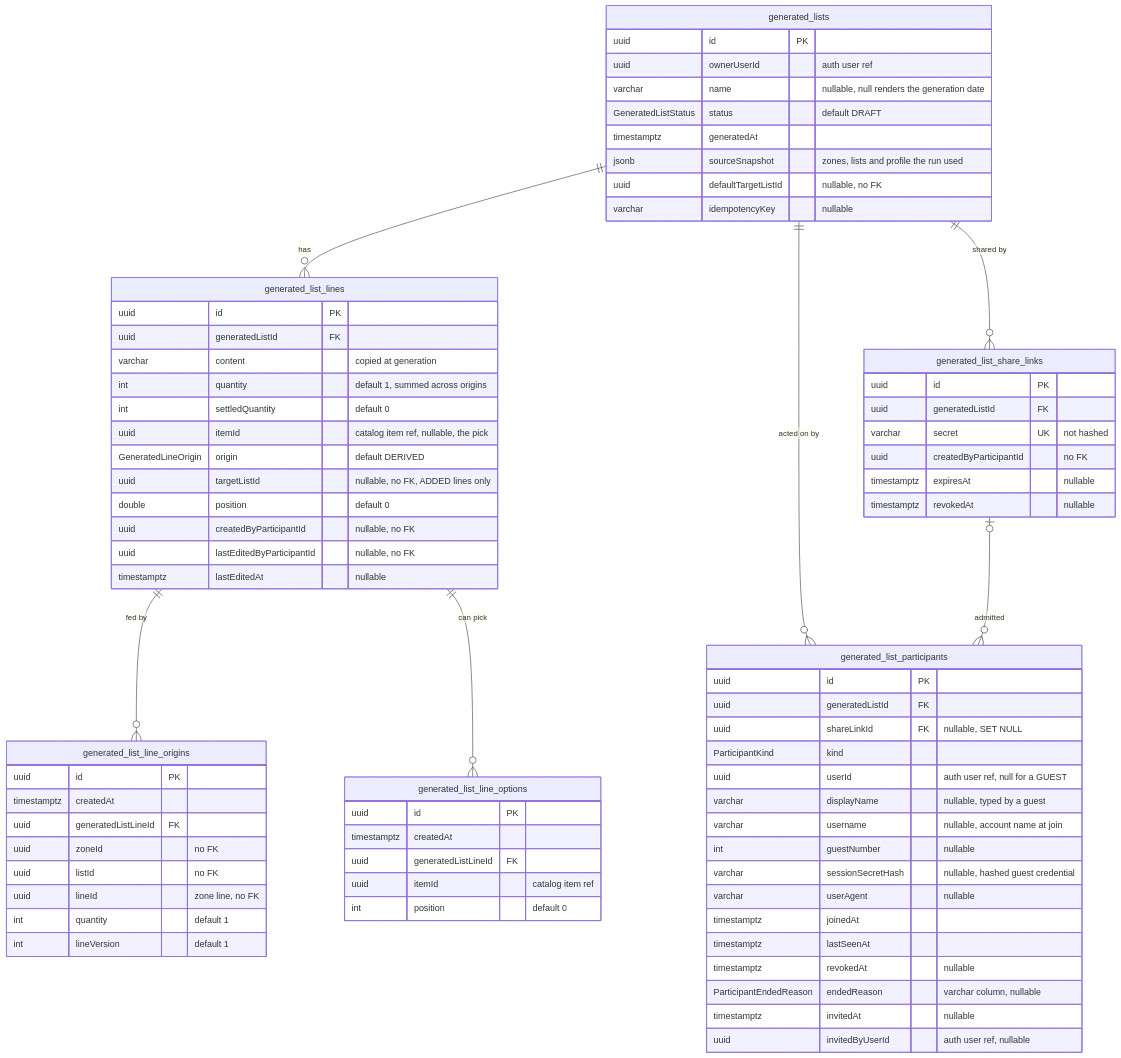
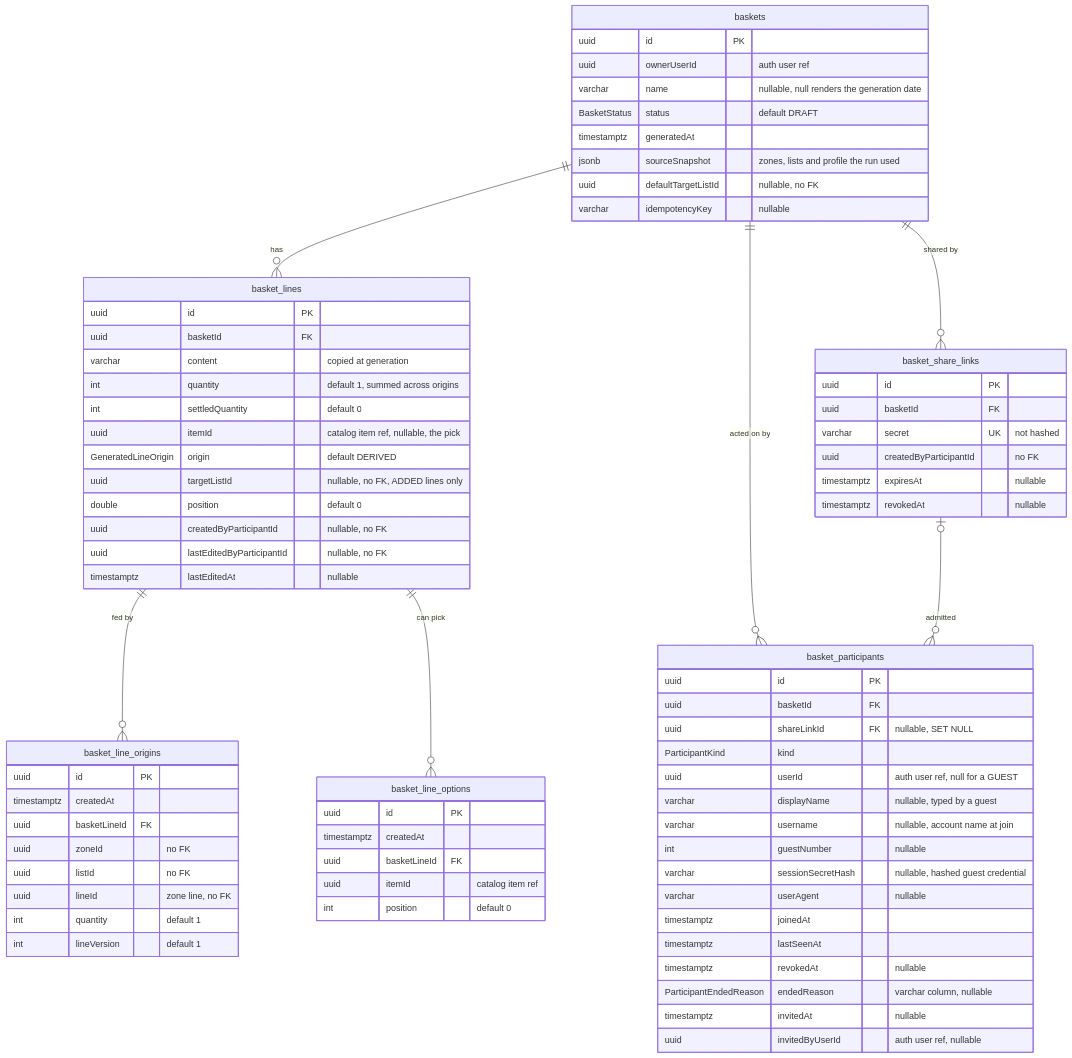
One commit to IchirokuXVI/nx-portfolio changed the fourth of 6 diagrams in apps/luna-shopper-backend/core/docs/data-model.md. Above: the diagram before and after it, drawn with Mermaid. The commit also changed other lines of this file and 169 other files, not shown here.

First line of the commit message:
refactor(luna-core)!: a generated list is called a basket (plan 0144)

````diff
--- a/apps/luna-shopper-backend/core/docs/data-model.md
+++ b/apps/luna-shopper-backend/core/docs/data-model.md
@@ -232,77 +232,77 @@
 ```mermaid
 erDiagram
-    generated_lists ||--o{ generated_list_lines : "has"
-    generated_list_lines ||--o{ generated_list_line_origins : "fed by"
-    generated_list_lines ||--o{ generated_list_line_options : "can pick"
-    generated_lists ||--o{ generated_list_share_links : "shared by"
-    generated_lists ||--o{ generated_list_participants : "acted on by"
-    generated_list_share_links |o--o{ generated_list_participants : "admitted"
+    baskets ||--o{ basket_lines : "has"
+    basket_lines ||--o{ basket_line_origins : "fed by"
+    basket_lines ||--o{ basket_line_options : "can pick"
+    baskets ||--o{ basket_share_links : "shared by"
+    baskets ||--o{ basket_participants : "acted on by"
+    basket_share_links |o--o{ basket_participants : "admitted"
 
-    generated_lists {
+    baskets {
         uuid id PK
         uuid ownerUserId "auth user ref"
         varchar name "nullable, null renders the generation date"
-        GeneratedListStatus status "default DRAFT"
+        BasketStatus status "default DRAFT"
         timestamptz generatedAt
         jsonb sourceSnapshot "zones, lists and profile the run used"
         uuid defaultTargetListId "nullable, no FK"
         varchar idempotencyKey "nullable"
     }
-    generated_list_lines {
+    basket_lines {
         uuid id PK
-        uuid generatedListId FK
+        uuid basketId FK
         varchar content "copied at generation"
         int quantity "default 1, summed across origins"
         int settledQuantity "default 0"
         uuid itemId "catalog item ref, nullable, the pick"
         GeneratedLineOrigin origin "default DERIVED"
         uuid targetListId "nullable, no FK, ADDED lines only"
         double position "default 0"
         uuid createdByParticipantId "nullable, no FK"
         uuid lastEditedByParticipantId "nullable, no FK"
         timestamptz lastEditedAt "nullable"
     }
-    generated_list_line_origins {
+    basket_line_origins {
         uuid id PK
         timestamptz createdAt
-        uuid generatedListLineId FK
+        uuid basketLineId FK
         uuid zoneId "no FK"
         uuid listId "no FK"
         uuid lineId "zone line, no FK"
         int quantity "default 1"
         int lineVersion "default 1"
     }
-    generated_list_line_options {
+    basket_line_options {
         uuid id PK
         timestamptz createdAt
-        uuid generatedListLineId FK
+        uuid basketLineId FK
         uuid itemId "catalog item ref"
         int position "default 0"
     }
-    generated_list_share_links {
+    basket_share_links {
         uuid id PK
-        uuid generatedListId FK
+        uuid basketId FK
         varchar secret UK "not hashed"
         uuid createdByParticipantId "no FK"
         timestamptz expiresAt "nullable"
         timestamptz revokedAt "nullable"
     }
-    generated_list_participants {
+    basket_participants {
         uuid id PK
-        uuid generatedListId FK
+        uuid basketId FK
         uuid shareLinkId FK "nullable, SET NULL"
         ParticipantKind kind
         uuid userId "auth user ref, null for a GUEST"
         varchar displayName "nullable, typed by a guest"
         varchar username "nullable, account name at join"
         int guestNumber "nullable"
         varchar sessionSecretHash "nullable, hashed guest credential"
         varchar userAgent "nullable"
         timestamptz joinedAt
         timestamptz lastSeenAt
         timestamptz revokedAt "nullable"
         ParticipantEndedReason endedReason "varchar column, nullable"
         timestamptz invitedAt "nullable"
         uuid invitedByUserId "auth user ref, nullable"
     }
 ```
````
